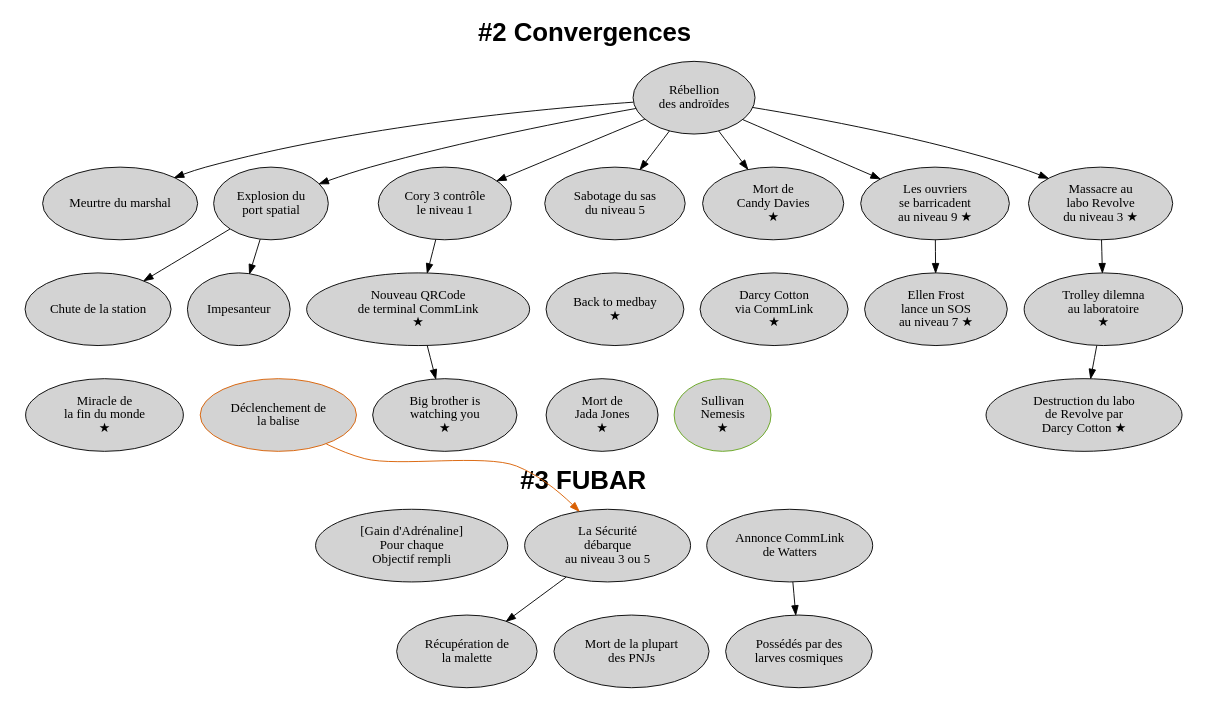
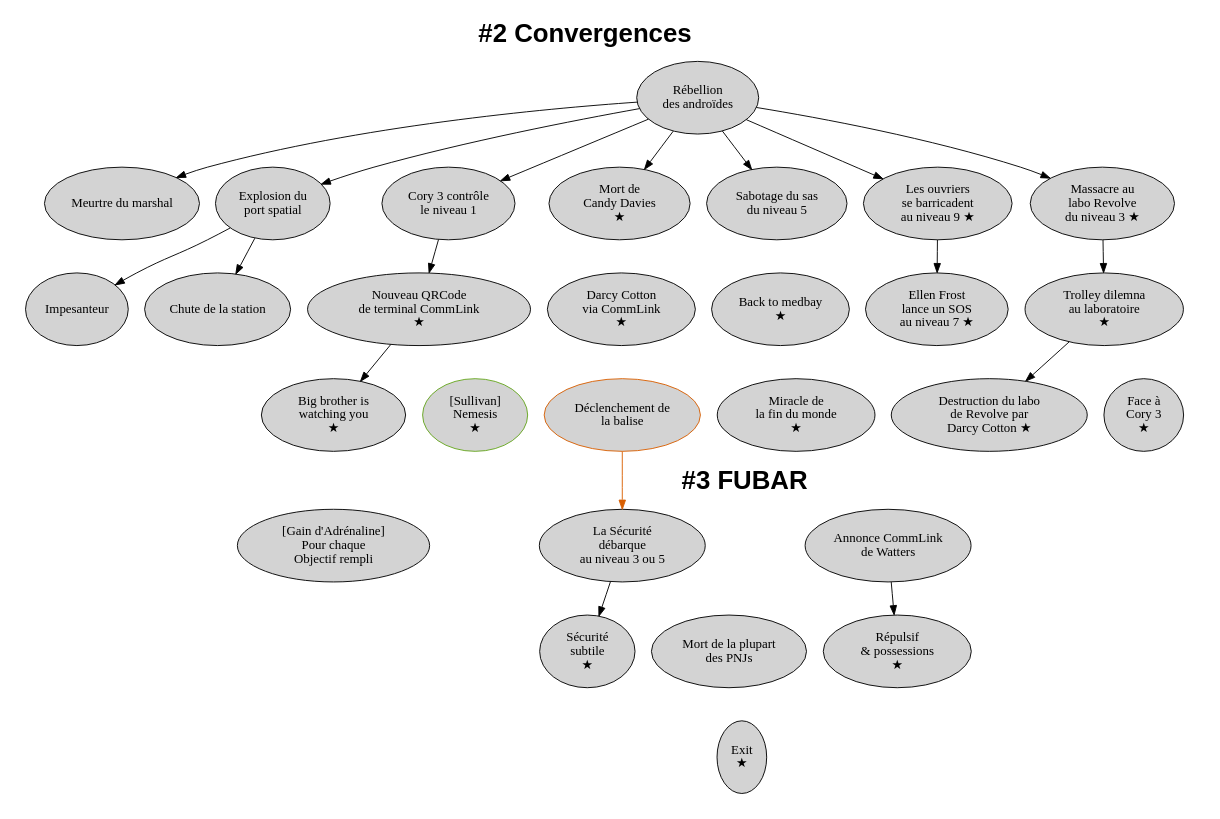
One commit to Lucas-C/jdr changed the diagram in ParadisPerdu/scenario2.dot. Above: the diagram before and after it, drawn with Graphviz. The commit also changed 5 other files, not shown here.

```diff
--- a/ParadisPerdu/scenario2.dot
+++ b/ParadisPerdu/scenario2.dot
@@ -1,45 +1,49 @@
 digraph G {
     fontname = Helvetica;
     node [
         colorscheme = dark25,
         style = filled,
         fillcolor = lightgray,
         fontsize = 14,
         height = 1.1  # Make nodes higher
     ];
     edge [ colorscheme = dark25 ];
     # "If clusterrank=local, a subgraph whose name begins with cluster is given special treatment."
     subgraph cluster_partie_2 {
         peripheries = 0;  # => no border
         "Rébellion\ndes androïdes" -> "Meurtre du marshal";
         "Rébellion\ndes androïdes" -> "Explosion du\nport spatial" -> "Chute de la station";
         "Rébellion\ndes androïdes" -> "Cory 3 contrôle\nle niveau 1" -> "Nouveau QRCode\nde terminal CommLink\n★" -> "Big brother is\nwatching you\n★";
+        "Nouveau QRCode\nde terminal CommLink\n★" -> "[Sullivan]\nNemesis\n★" [style=invis];
         "Rébellion\ndes androïdes" -> "Sabotage du sas\ndu niveau 5";
         "Rébellion\ndes androïdes" -> "Mort de\nCandy Davies\n★";
-        "Mort de\nCandy Davies\n★" -> "Darcy Cotton\nvia CommLink\n★" [style=invis];
+        "Mort de\nCandy Davies\n★" -> "Darcy Cotton\nvia CommLink\n★" -> "[Sullivan]\nNemesis\n★" [style=invis];
         "Explosion du\nport spatial" -> "Impesanteur";
         "Rébellion\ndes androïdes" -> "Les ouvriers\nse barricadent\nau niveau 9 ★" -> "Ellen Frost\nlance un SOS\nau niveau 7 ★";
-        "Sabotage du sas\ndu niveau 5" -> "Back to medbay\n★" -> "Mort de\nJada Jones\n★" [style=invis];
+        "Sabotage du sas\ndu niveau 5" -> "Back to medbay\n★" -> "Déclenchement de\nla balise" [style=invis];
         "Rébellion\ndes androïdes" -> "Massacre au\nlabo Revolve\ndu niveau 3 ★" -> "Trolley dilemna\nau laboratoire\n★" -> "Destruction du labo\nde Revolve par\nDarcy Cotton ★";
-        "Chute de la station" -> "Miracle de\nla fin du monde\n★" [style=invis];
+        "Trolley dilemna\nau laboratoire\n★" -> "Face à\nCory 3\n★" [style=invis];
+        "Ellen Frost\nlance un SOS\nau niveau 7 ★" -> "Miracle de\nla fin du monde\n★" [style=invis];
         "Déclenchement de\nla balise" [color=2];  # Park
-        "Chute de la station" -> "Déclenchement de\nla balise" [style=invis];
-        "Sullivan\nNemesis\n★" [color=5];  # Sullivan
-        "Back to medbay\n★" -> "Sullivan\nNemesis\n★" [style=invis];
+        "[Sullivan]\nNemesis\n★" [color=5];  # Sullivan
         fontsize = 28;
         label = <<b>#2 Convergences</b>>;
     }
     subgraph cluster_partie_3 {
         peripheries = 0;  # => no border
         "Annonce CommLink\nde Watters" -> "Mort de la plupart\ndes PNJs" [style=invis];
-        "Annonce CommLink\nde Watters" -> "Possédés par des\nlarves cosmiques";
-        "La Sécurité\ndébarque\nau niveau 3 ou 5" -> "Récupération de\nla malette";
+        "Annonce CommLink\nde Watters" -> "Répulsif\n& possessions\n★";
+        "La Sécurité\ndébarque\nau niveau 3 ou 5" -> "Sécurité\nsubtile\n★";
+        "Répulsif\n& possessions\n★" -> "Exit\n★" [style=invis];
+        "Sécurité\nsubtile\n★" -> "Exit\n★" [style=invis];
         fontsize = 28;
-        "[Gain d'Adrénaline]\nPour chaque\nObjectif rempli";
         label = <<b>#3 FUBAR</b>>;
     }
     "Déclenchement de\nla balise" -> "La Sécurité\ndébarque\nau niveau 3 ou 5" [color=2];
+    // Those invisible links allow to shift-left the last cluster:
+    "Big brother is\nwatching you\n★" -> "[Gain d'Adrénaline]\nPour chaque\nObjectif rempli" [style=invis];
+    "Big brother is\nwatching you\n★" -> "La Sécurité\ndébarque\nau niveau 3 ou 5" [style=invis];
     // Force clusters based on (added) rank
     // Recipe from: https://stackoverflow.com/a/72102766/636849
     {"Rébellion\ndes androïdes"} -> {"Annonce CommLink\nde Watters"} [style=invis];
 }
```
